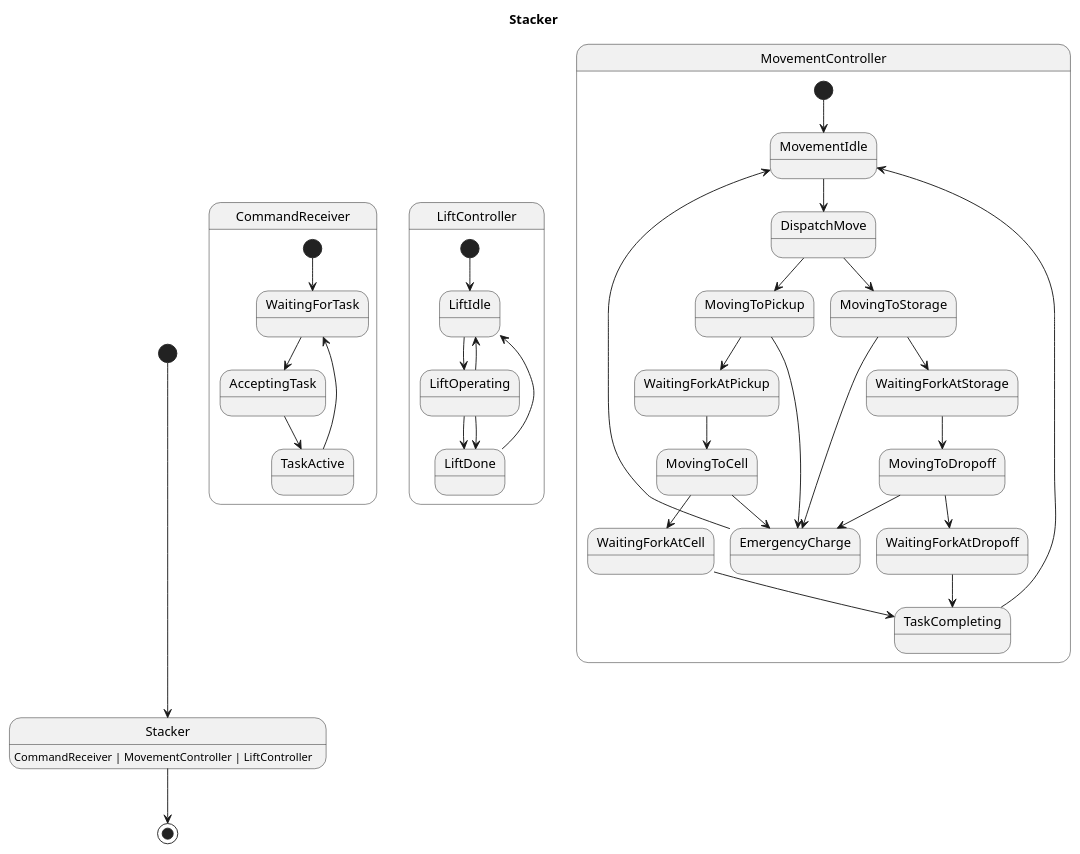
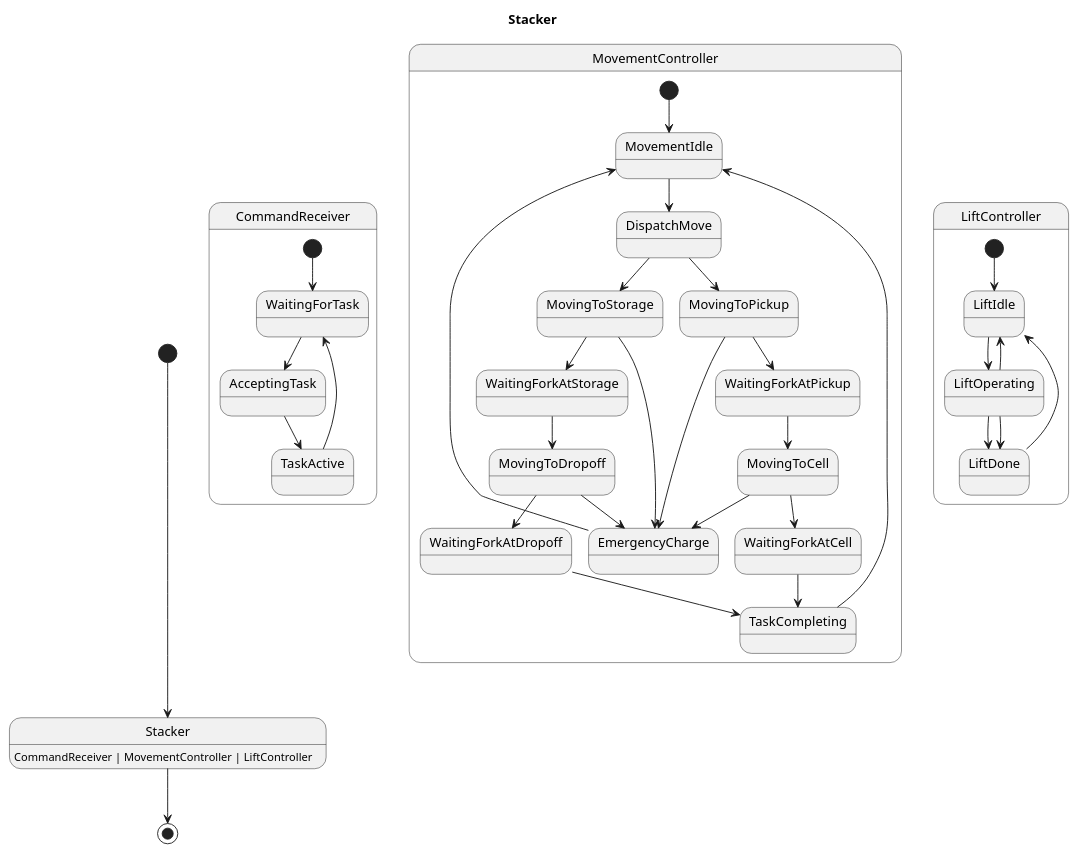
Before and after one commit to Pastor/Takt: the diagram in examples/generated/plantuml/stacker.puml, drawn with PlantUML. The commit also changed other lines of this file and 21 other files, not shown here.

```diff
--- a/examples/generated/plantuml/stacker.puml
+++ b/examples/generated/plantuml/stacker.puml
@@ -1,45 +1,45 @@
 @startuml
 title Stacker
 
 [*] --> Stacker
 Stacker : CommandReceiver | MovementController | LiftController
 Stacker --> [*]
 
 state CommandReceiver {
     [*] --> WaitingForTask
-    TaskActive --> WaitingForTask
     AcceptingTask --> TaskActive
     WaitingForTask --> AcceptingTask
+    TaskActive --> WaitingForTask
+}
+
+state MovementController {
+    [*] --> MovementIdle
+    MovingToStorage --> WaitingForkAtStorage
+    MovingToStorage --> EmergencyCharge
+    DispatchMove --> MovingToPickup
+    DispatchMove --> MovingToStorage
+    WaitingForkAtCell --> TaskCompleting
+    MovingToDropoff --> WaitingForkAtDropoff
+    MovingToDropoff --> EmergencyCharge
+    MovementIdle --> DispatchMove
+    WaitingForkAtDropoff --> TaskCompleting
+    EmergencyCharge --> MovementIdle
+    MovingToPickup --> WaitingForkAtPickup
+    MovingToPickup --> EmergencyCharge
+    WaitingForkAtStorage --> MovingToDropoff
+    TaskCompleting --> MovementIdle
+    WaitingForkAtPickup --> MovingToCell
+    MovingToCell --> WaitingForkAtCell
+    MovingToCell --> EmergencyCharge
 }
 
 state LiftController {
     [*] --> LiftIdle
+    LiftIdle --> LiftOperating
+    LiftDone --> LiftIdle
     LiftOperating --> LiftDone
     LiftOperating --> LiftDone
     LiftOperating --> LiftIdle
-    LiftDone --> LiftIdle
-    LiftIdle --> LiftOperating
-}
-
-state MovementController {
-    [*] --> MovementIdle
-    MovingToCell --> WaitingForkAtCell
-    MovingToCell --> EmergencyCharge
-    MovingToDropoff --> WaitingForkAtDropoff
-    MovingToDropoff --> EmergencyCharge
-    MovementIdle --> DispatchMove
-    WaitingForkAtCell --> TaskCompleting
-    WaitingForkAtDropoff --> TaskCompleting
-    DispatchMove --> MovingToPickup
-    DispatchMove --> MovingToStorage
-    MovingToPickup --> WaitingForkAtPickup
-    MovingToPickup --> EmergencyCharge
-    WaitingForkAtStorage --> MovingToDropoff
-    MovingToStorage --> WaitingForkAtStorage
-    MovingToStorage --> EmergencyCharge
-    TaskCompleting --> MovementIdle
-    WaitingForkAtPickup --> MovingToCell
-    EmergencyCharge --> MovementIdle
 }
 
 @enduml
```
